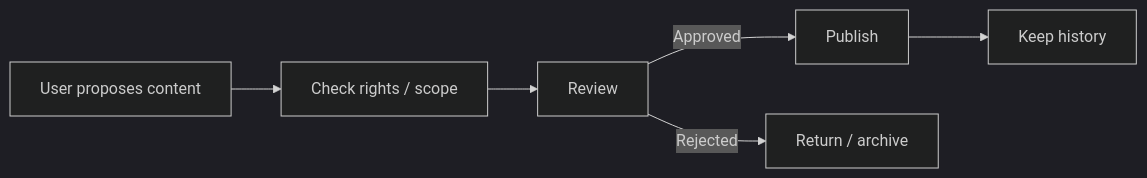
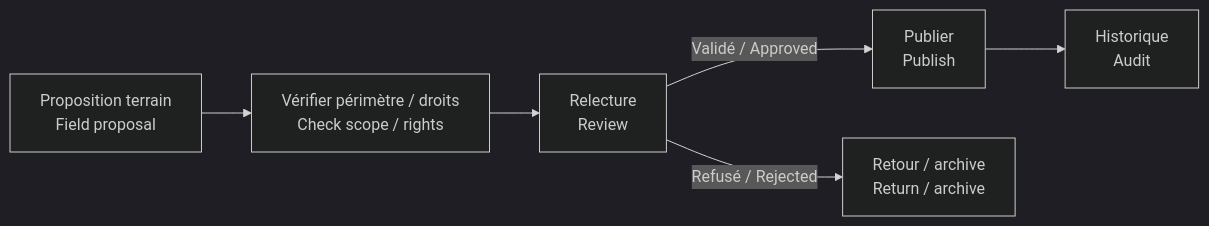
One commit to jeffersonkuku/jefferson-Mawapanga-Saku changed the diagram in projects/building-operations-hub/docs/SECURITY_AND_APPROVALS.md. Above: the diagram before and after it, drawn with Mermaid (dark theme). The commit also changed other lines of this file and 13 other files, not shown here.

````diff
--- a/projects/building-operations-hub/docs/SECURITY_AND_APPROVALS.md
+++ b/projects/building-operations-hub/docs/SECURITY_AND_APPROVALS.md
@@ -13,8 +7,8 @@
 ```mermaid
 flowchart LR
-    A[User proposes content] --> B[Check rights / scope]
-    B --> C[Review]
-    C -->|Approved| D[Publish]
-    C -->|Rejected| E[Return / archive]
-    D --> F[Keep history]
+    A[Proposition terrain<br/>Field proposal] --> B[Vérifier périmètre / droits<br/>Check scope / rights]
+    B --> C[Relecture<br/>Review]
+    C -->|Validé / Approved| D[Publier<br/>Publish]
+    C -->|Refusé / Rejected| E[Retour / archive<br/>Return / archive]
+    D --> F[Historique<br/>Audit]
 ```
````
